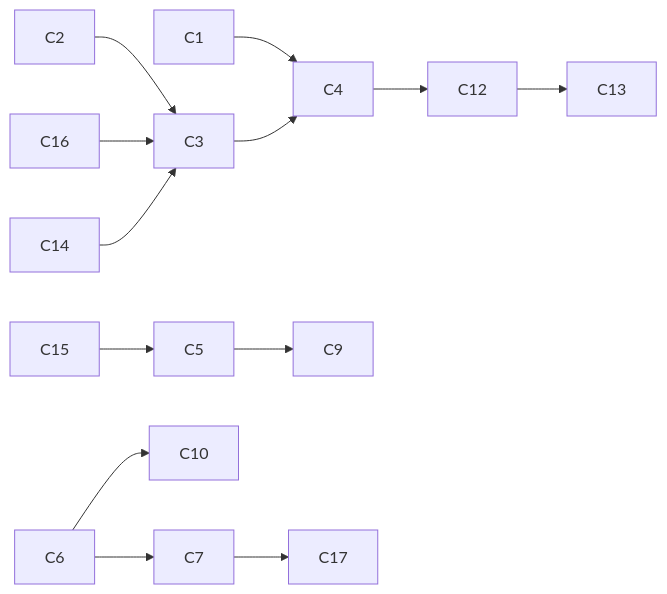
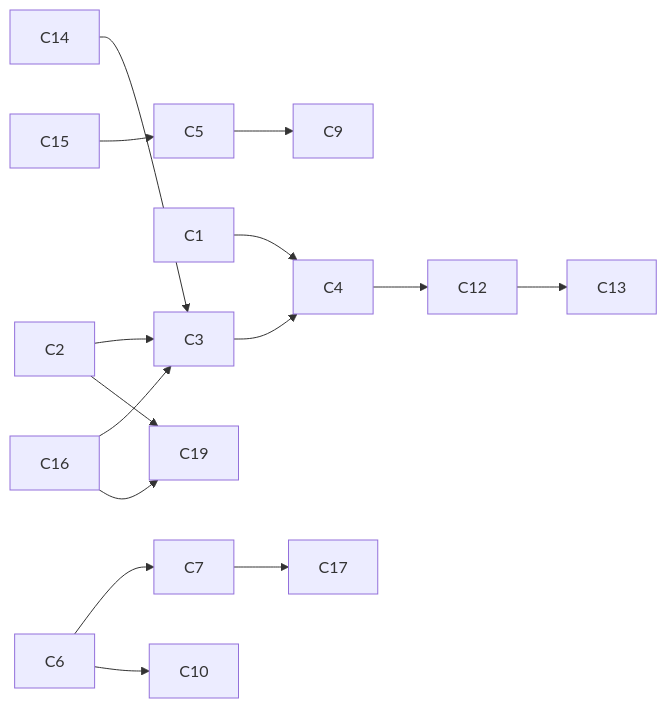
The diagram in departments/podcast/knowledge/concept-map.md (AnkitClassicVision/loop-factory), drawn with Mermaid before and after one commit. The commit also changed other lines of this file and 12 other files, not shown here.

````diff
--- a/departments/podcast/knowledge/concept-map.md
+++ b/departments/podcast/knowledge/concept-map.md
@@ -47,15 +48,17 @@
 ```mermaid
 graph LR
   C2 --> C3
   C1 --> C4
   C3 --> C4
   C6 --> C7
   C6 --> C10
   C5 --> C9
   C12 --> C13
   C16 --> C3
   C14 --> C3
   C15 --> C5
   C7 --> C17
   C4 --> C12
+  C16 --> C19
+  C2 --> C19
 ```
````
